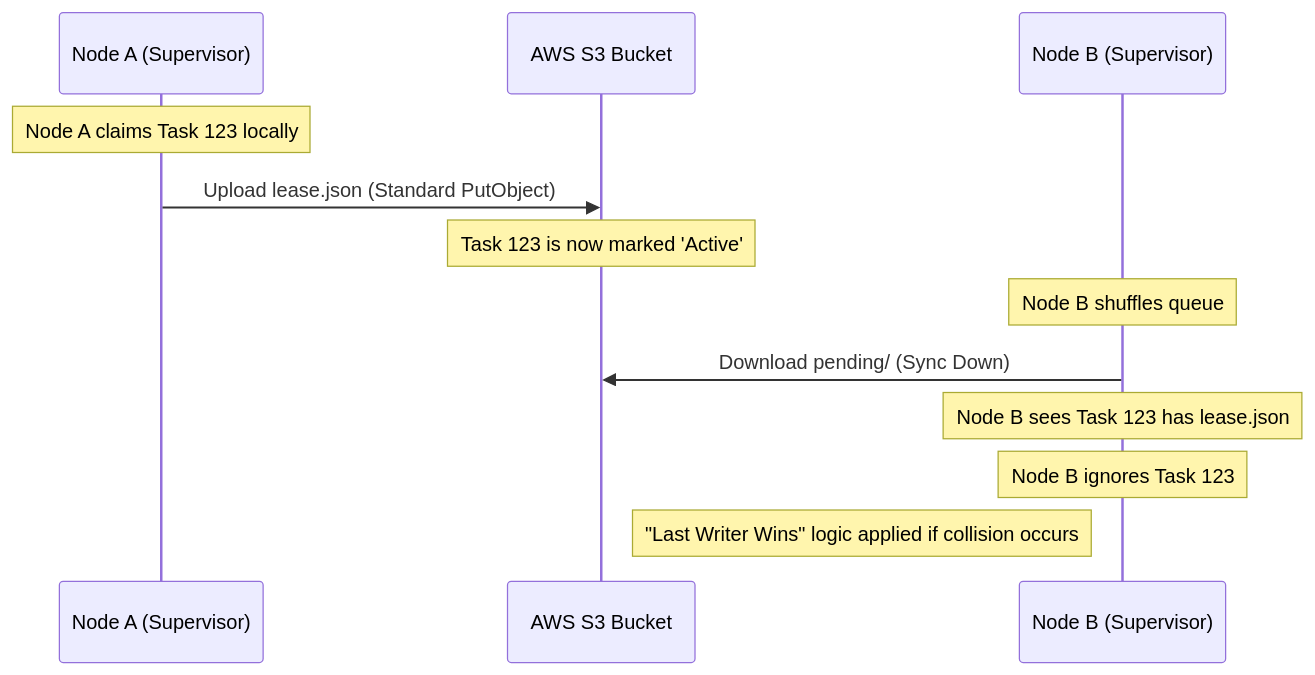
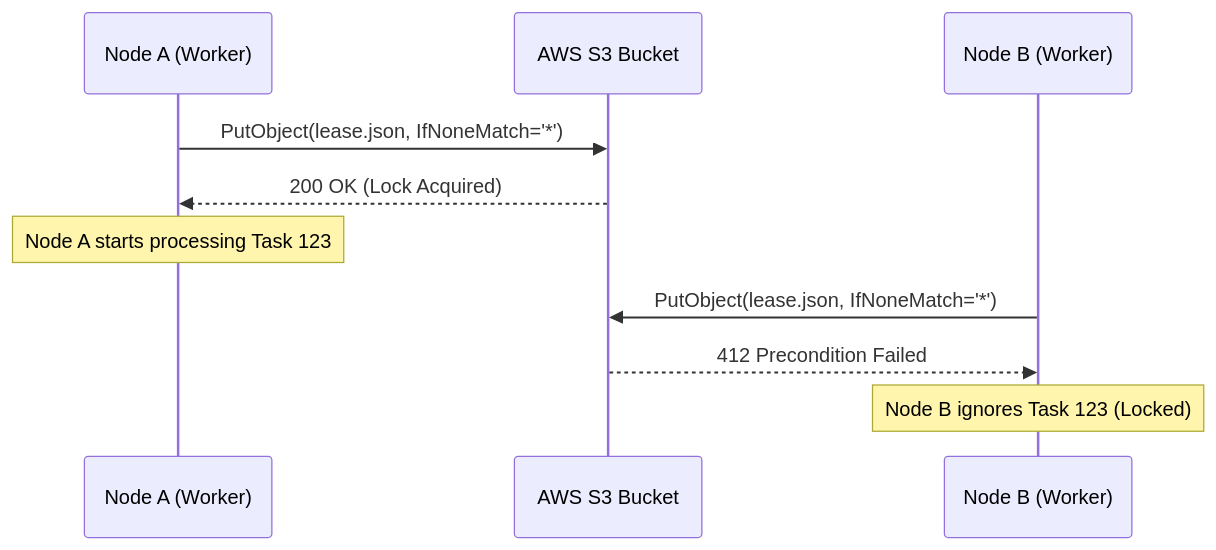
One commit to bizkite-co/cocli changed the diagram in docs/adr/010-distributed-filesystem-queue/s3-lifecycle.md. Above: the diagram before and after it, drawn with Mermaid. The commit also changed other lines of this file and 4 other files, not shown here.

````diff
--- a/docs/adr/010-distributed-filesystem-queue/s3-lifecycle.md
+++ b/docs/adr/010-distributed-filesystem-queue/s3-lifecycle.md
@@ -13,17 +15,14 @@
 ```mermaid
 sequenceDiagram
-    participant PiA as Node A (Supervisor)
+    participant PiA as Node A (Worker)
     participant S3 as AWS S3 Bucket
-    participant PiB as Node B (Supervisor)
+    participant PiB as Node B (Worker)
 
-    Note over PiA: Node A claims Task 123 locally
-    PiA->>S3: Upload lease.json (Standard PutObject)
-    Note over S3: Task 123 is now marked 'Active'
+    PiA->>S3: PutObject(lease.json, IfNoneMatch='*')
+    S3-->>PiA: 200 OK (Lock Acquired)
+    Note over PiA: Node A starts processing Task 123
     
-    Note over PiB: Node B shuffles queue
-    PiB->>S3: Download pending/ (Sync Down)
-    Note over PiB: Node B sees Task 123 has lease.json
-    Note over PiB: Node B ignores Task 123
-    
-    Note right of S3: "Last Writer Wins" logic applied if collision occurs
+    PiB->>S3: PutObject(lease.json, IfNoneMatch='*')
+    S3-->>PiB: 412 Precondition Failed
+    Note over PiB: Node B ignores Task 123 (Locked)
 ```
````
